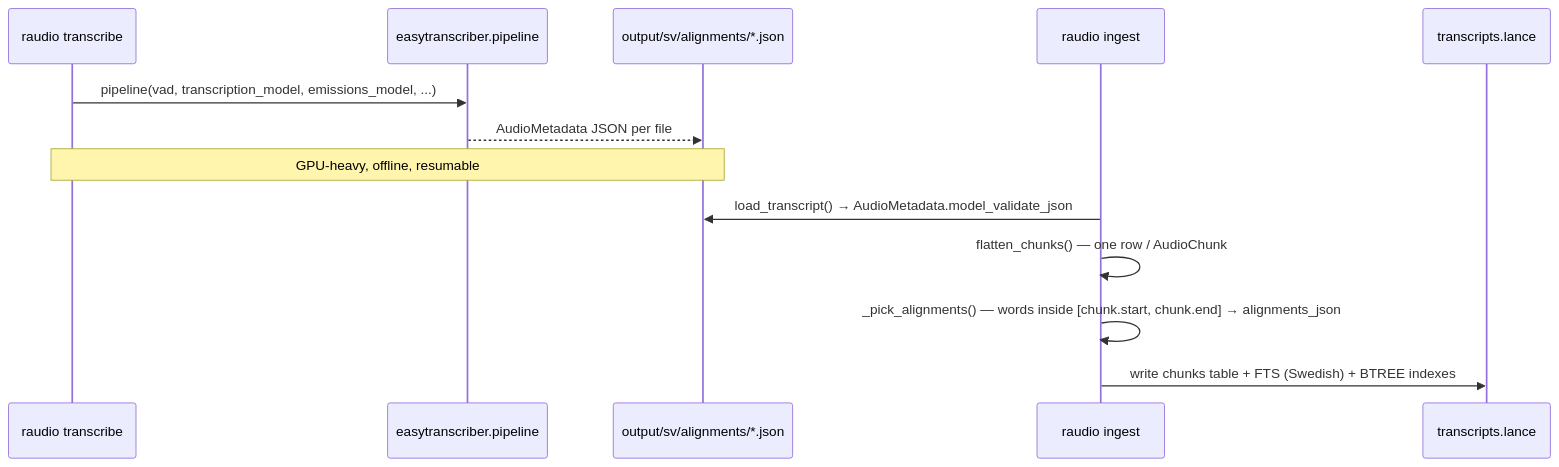
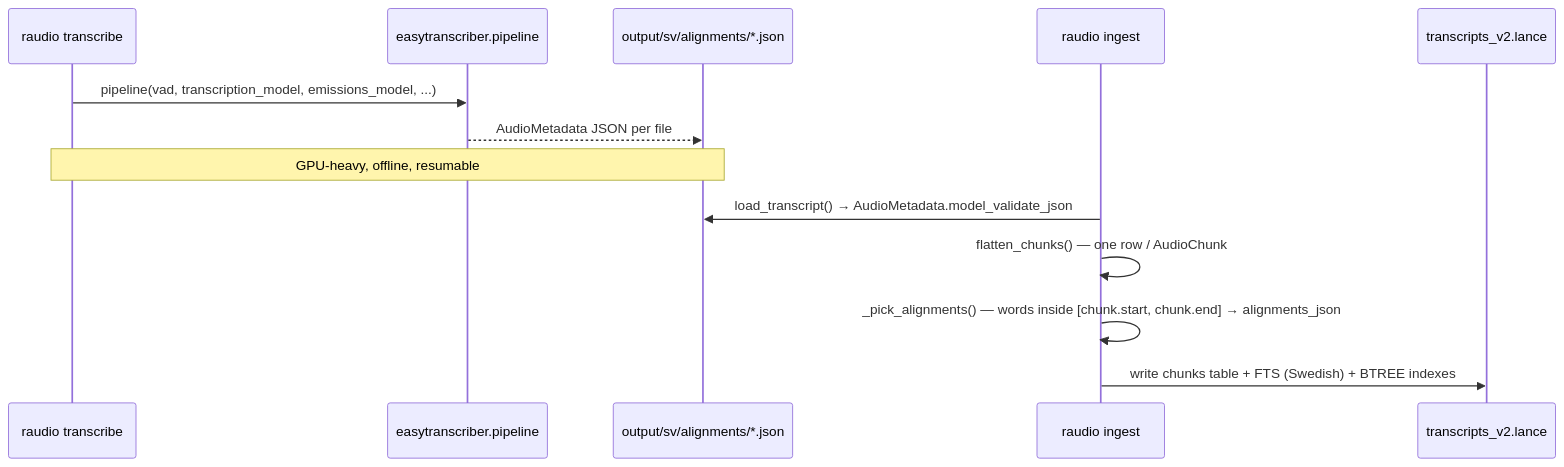
The fourth of 5 diagrams in docs/PIPELINE.md (Borg93/lance-audio-demo), drawn with Mermaid before and after one commit. The commit also changed other lines of this file and 8 other files, not shown here.

````diff
--- a/docs/PIPELINE.md
+++ b/docs/PIPELINE.md
@@ -327,16 +327,16 @@
 ```mermaid
 sequenceDiagram
     participant CLI as raudio transcribe
     participant ET as easytranscriber.pipeline
     participant FS as output/sv/alignments/*.json
     participant ING as raudio ingest
-    participant L as transcripts.lance
+    participant L as transcripts_v2.lance
 
     CLI->>ET: pipeline(vad, transcription_model, emissions_model, ...)
     ET-->>FS: AudioMetadata JSON per file
     Note over CLI,FS: GPU-heavy, offline, resumable
     ING->>FS: load_transcript() → AudioMetadata.model_validate_json
     ING->>ING: flatten_chunks() — one row / AudioChunk
     ING->>ING: _pick_alignments() — words inside [chunk.start, chunk.end] → alignments_json
     ING->>L: write chunks table + FTS (Swedish) + BTREE indexes
 ```
````
